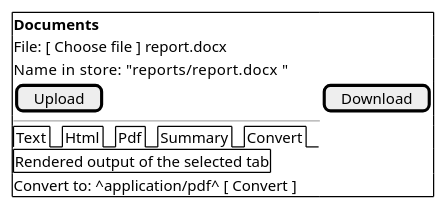
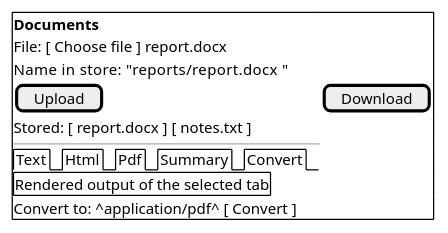
One commit to OutOfBandDevelopment/dotex changed the third of 8 diagrams in docs/design/example-ui/screens.md. Above: the diagram before and after it, drawn with PlantUML. The commit also changed other lines of this file and 11 other files, not shown here.

````diff
--- a/docs/design/example-ui/screens.md
+++ b/docs/design/example-ui/screens.md
@@ -102,16 +102,17 @@
 ```plantuml
 @startsalt
 {+
   <b>Documents
   File: [ Choose file ] report.docx
   Name in store: "reports/report.docx    "
   [ Upload ] | [ Download ]
+  Stored: [ report.docx ] [ notes.txt ]
   ----
   {/ Text | Html | Pdf | Summary | Convert }
   {+
     Rendered output of the selected tab
   }
   Convert to: ^application/pdf^ [ Convert ]
 }
 @endsalt
 ```
````
